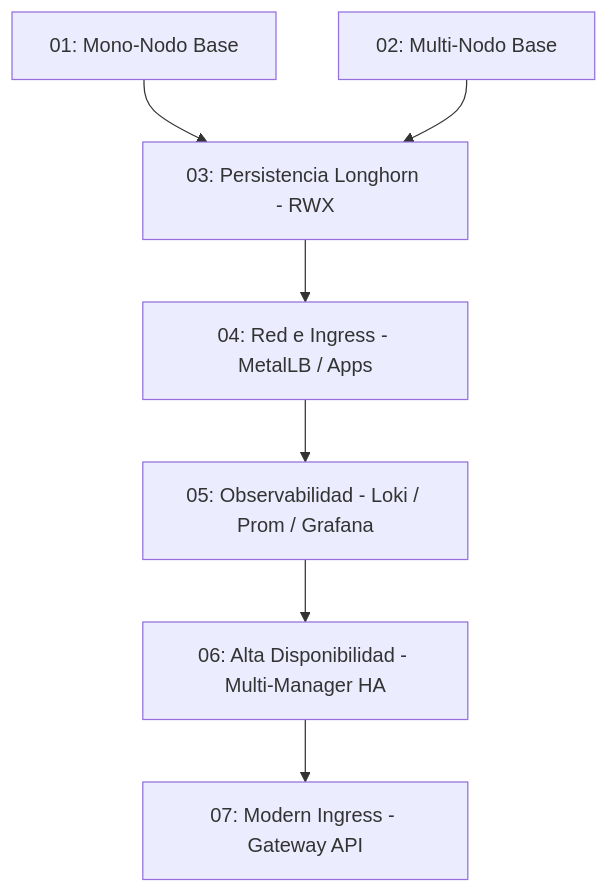
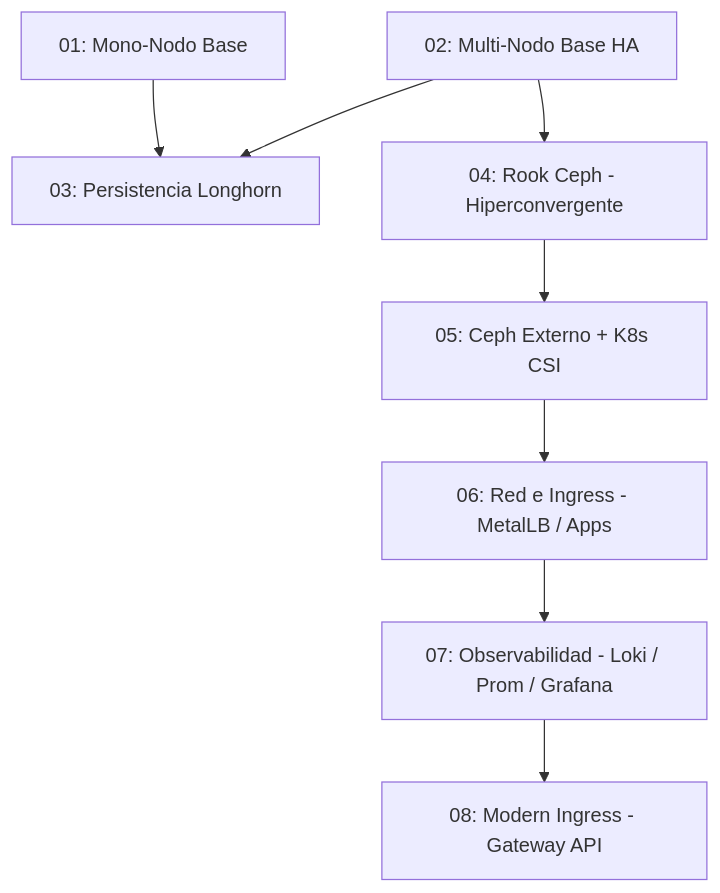
One commit to pepesan/ejemplos-kubernetes changed the diagram in ansible/PLAN.md. Above: the diagram before and after it, drawn with Mermaid. The commit also changed other lines of this file and 121 other files, not shown here.

````diff
--- a/ansible/PLAN.md
+++ b/ansible/PLAN.md
@@ -12,9 +30,10 @@
 ```mermaid
 graph TD
-    01[01: Mono-Nodo Base] --> 03[03: Persistencia Longhorn - RWX]
-    02[02: Multi-Nodo Base] --> 03
-    03 --> 04[04: Red e Ingress - MetalLB / Apps]
-    04 --> 05[05: Observabilidad - Loki / Prom / Grafana]
-    05 --> 06[06: Alta Disponibilidad - Multi-Manager HA]
-    06 --> 07[07: Modern Ingress - Gateway API]
+    01[01: Mono-Nodo Base] --> 03[03: Persistencia Longhorn]
+    02[02: Multi-Nodo Base HA] --> 03
+    02 --> 04[04: Rook Ceph - Hiperconvergente]
+    04 --> 05[05: Ceph Externo + K8s CSI]
+    05 --> 06[06: Red e Ingress - MetalLB / Apps]
+    06 --> 07[07: Observabilidad - Loki / Prom / Grafana]
+    07 --> 08[08: Modern Ingress - Gateway API]
 ```
````
